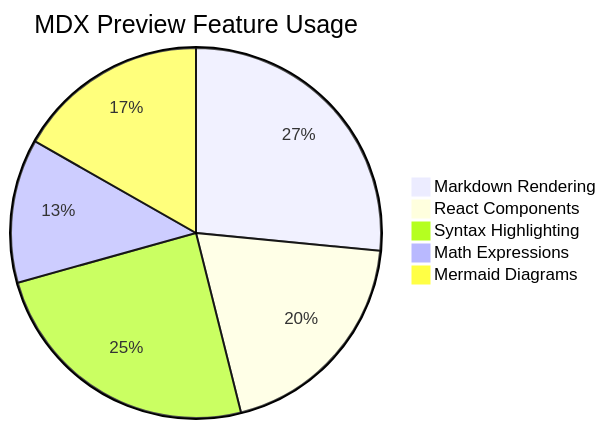
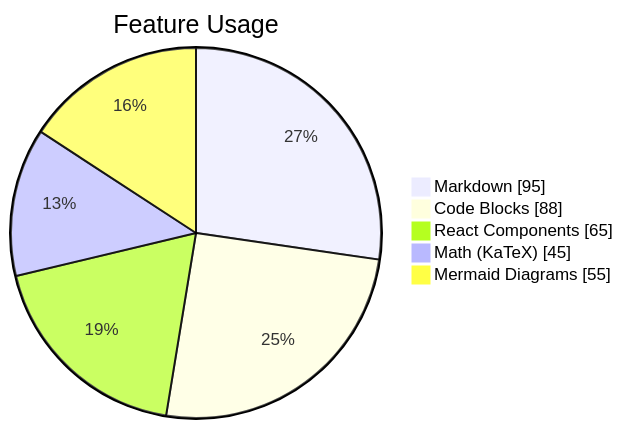
The fifth of 6 diagrams in examples/basic/README.mdx (ggfincke/vsc-mdx-preview), drawn with Mermaid before and after one commit. The commit also changed other lines of this file and 2 other files, not shown here.

Commit message:
docs(examples): update README.mdx showcase with Calculator component

````diff
--- a/examples/basic/README.mdx
+++ b/examples/basic/README.mdx
@@ -198,8 +345,9 @@
 ```mermaid
-pie title MDX Preview Feature Usage
-  "Markdown Rendering" : 95
-  "React Components" : 70
-  "Syntax Highlighting" : 88
-  "Math Expressions" : 45
-  "Mermaid Diagrams" : 60
+pie showData
+    title Feature Usage
+    "Markdown" : 95
+    "Code Blocks" : 88
+    "React Components" : 65
+    "Math (KaTeX)" : 45
+    "Mermaid Diagrams" : 55
 ```
````
